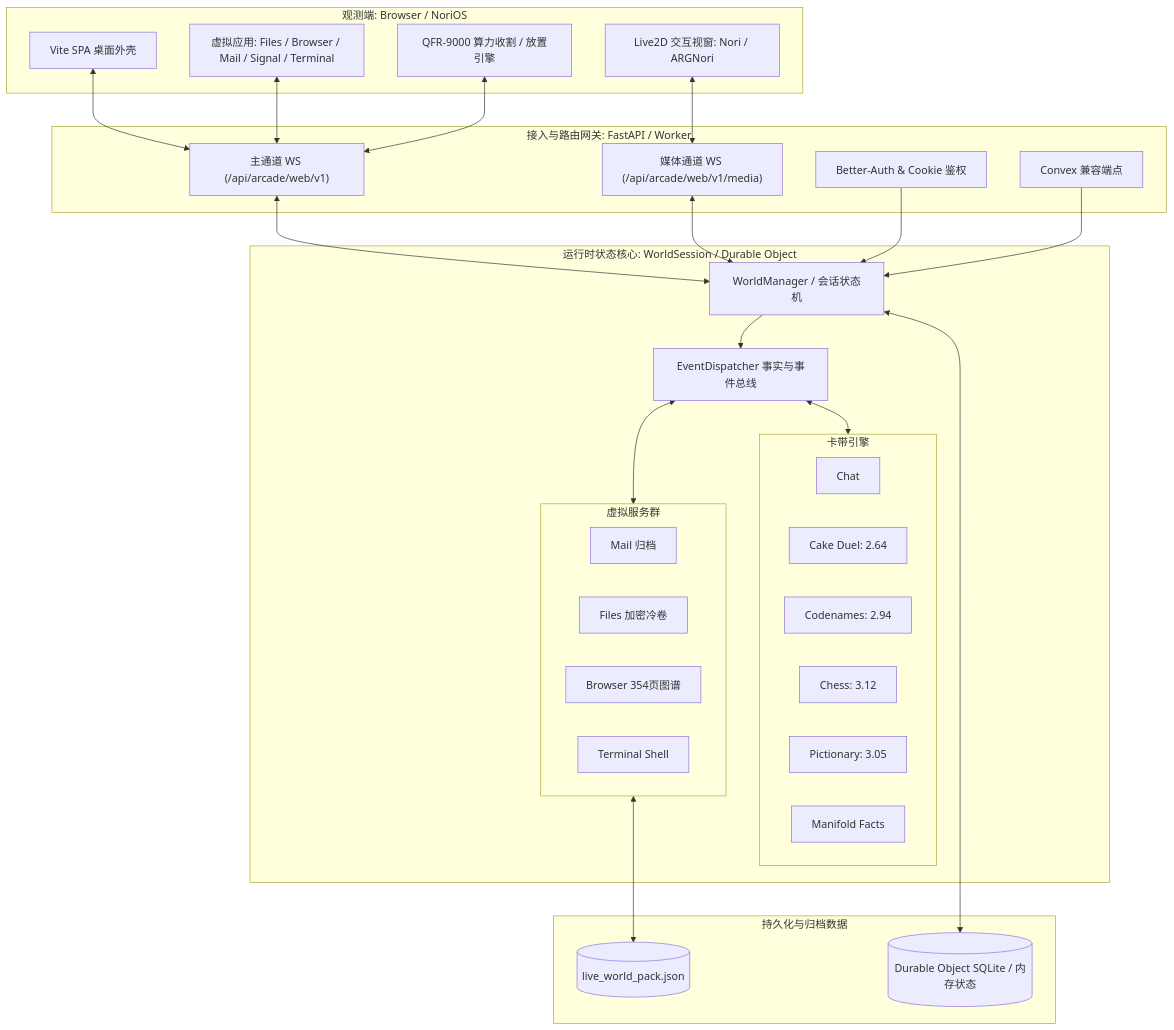
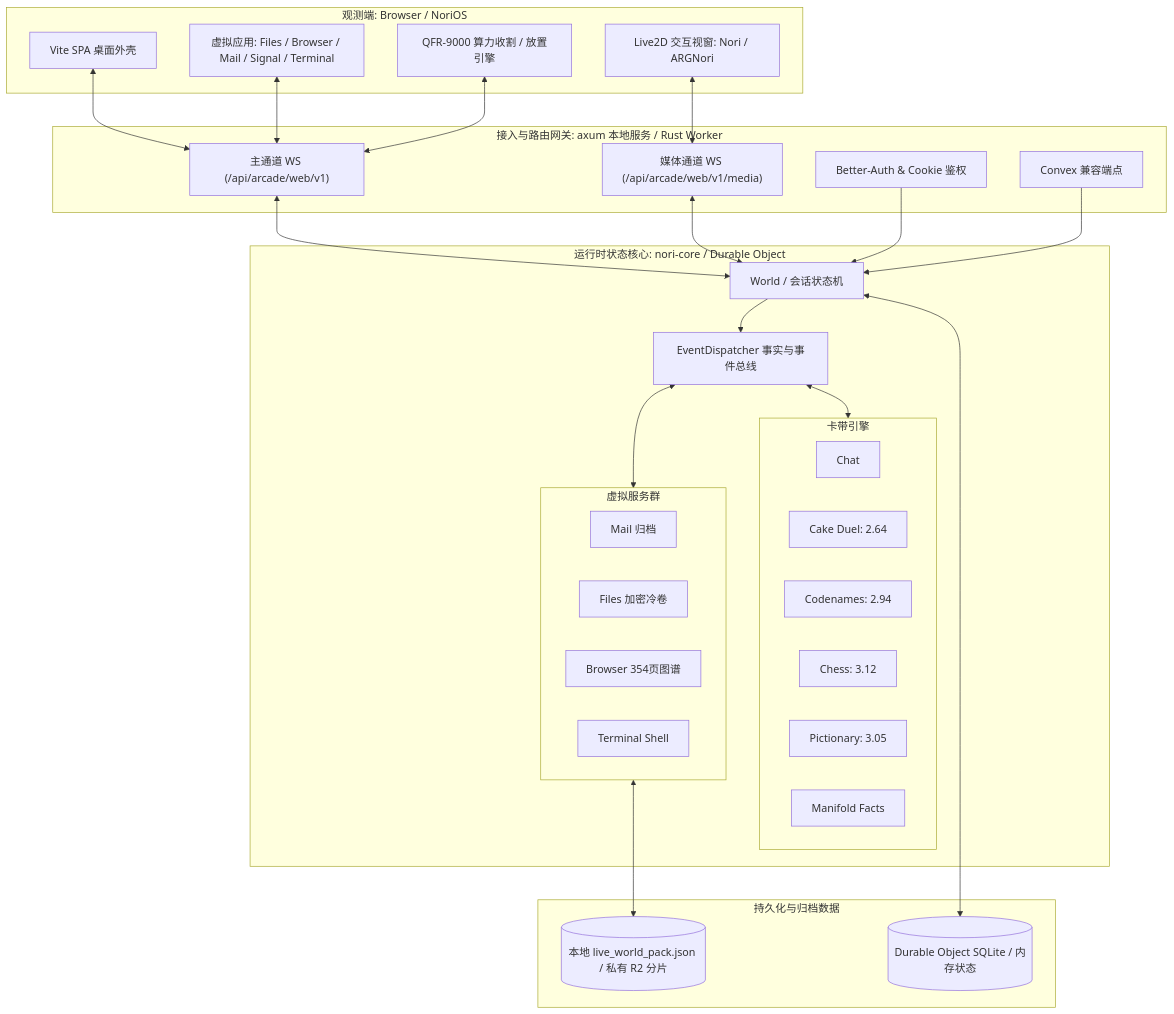
One commit to MF-Dust/Nori.Web changed the diagram in README.md. Above: the diagram before and after it, drawn with Mermaid. The commit also changed other lines of this file and 12 other files, not shown here.

First line of the commit message:
feat(edge): deploy the Rust Worker to Cloudflare

````diff
--- a/README.md
+++ b/README.md
@@ -95,57 +95,57 @@
 ```mermaid
 flowchart TD
     subgraph Client[观测端: Browser / NoriOS]
         spa[Vite SPA 桌面外壳]
         live2d[Live2D 交互视窗: Nori / ARGNori]
         apps[虚拟应用: Files / Browser / Mail / Signal / Terminal]
         qfr[QFR-9000 算力收割 / 放置引擎]
     end
 
-    subgraph Gateway[接入与路由网关: FastAPI / Worker]
+    subgraph Gateway[接入与路由网关: axum 本地服务 / Rust Worker]
         wsArcade["主通道 WS (/api/arcade/web/v1)"]
         wsMedia["媒体通道 WS (/api/arcade/web/v1/media)"]
         authRouter["Better-Auth & Cookie 鉴权"]
         convexRouter["Convex 兼容端点"]
     end
 
-    subgraph Core[运行时状态核心: WorldSession / Durable Object]
-        worldMgr[WorldManager / 会话状态机]
+    subgraph Core[运行时状态核心: nori-core / Durable Object]
+        worldMgr[World / 会话状态机]
         dispatcher[EventDispatcher 事实与事件总线]
         subgraph Cartridges[卡带引擎]
             cChat[Chat]
             cCake[Cake Duel: 2.64]
             cCode[Codenames: 2.94]
             cChess[Chess: 3.12]
             cPic[Pictionary: 3.05]
             cMani[Manifold Facts]
         end
         subgraph VApps[虚拟服务群]
             vMail[Mail 归档]
             vFile[Files 加密冷卷]
             vBrowser[Browser 354页图谱]
             vTerm[Terminal Shell]
         end
     end
 
     subgraph Data[持久化与归档数据]
-        pack[(live_world_pack.json)]
+        pack[(本地 live_world_pack.json / 私有 R2 分片)]
         db[(Durable Object SQLite / 内存状态)]
     end
 
     spa <--> wsArcade
     live2d <--> wsMedia
     apps <--> wsArcade
     qfr <--> wsArcade
 
     wsArcade <--> worldMgr
     wsMedia <--> worldMgr
     authRouter --> worldMgr
     convexRouter --> worldMgr
 
     worldMgr --> dispatcher
     dispatcher <--> Cartridges
     dispatcher <--> VApps
 
     VApps <--> pack
     worldMgr <--> db
 ```
````
